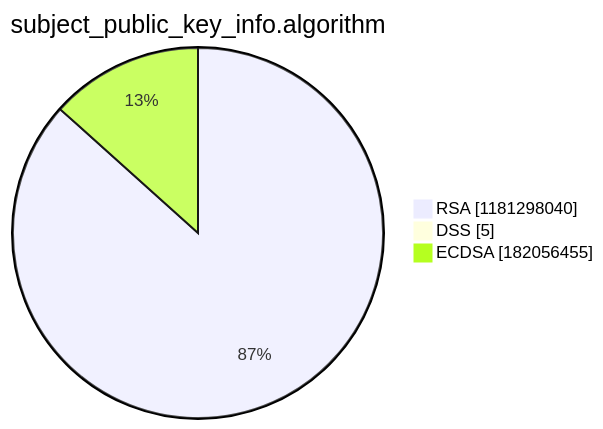
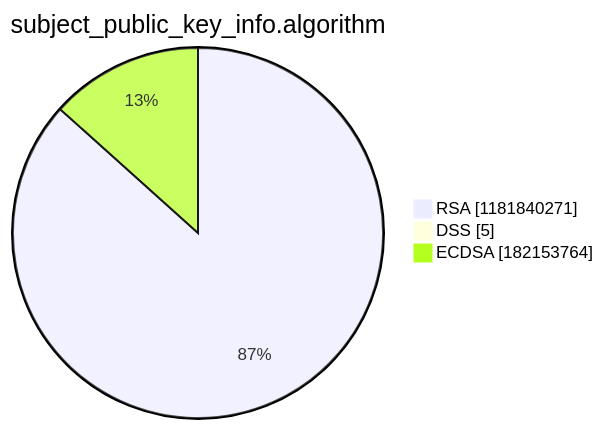
Before and after one commit to christiankrug/ctmonitor_visualization: the third of 15 diagrams in argon2022/README.md, drawn with Mermaid. The commit also changed other lines of this file, not shown here.

````diff
--- a/argon2022/README.md
+++ b/argon2022/README.md
@@ -14,7 +14,7 @@
 ```mermaid
 pie showData
 title subject_public_key_info.algorithm
-"RSA" :1181298040
+"RSA" :1181840271
 "DSS" :5
-"ECDSA" :182056455
+"ECDSA" :182153764
 ```
````
